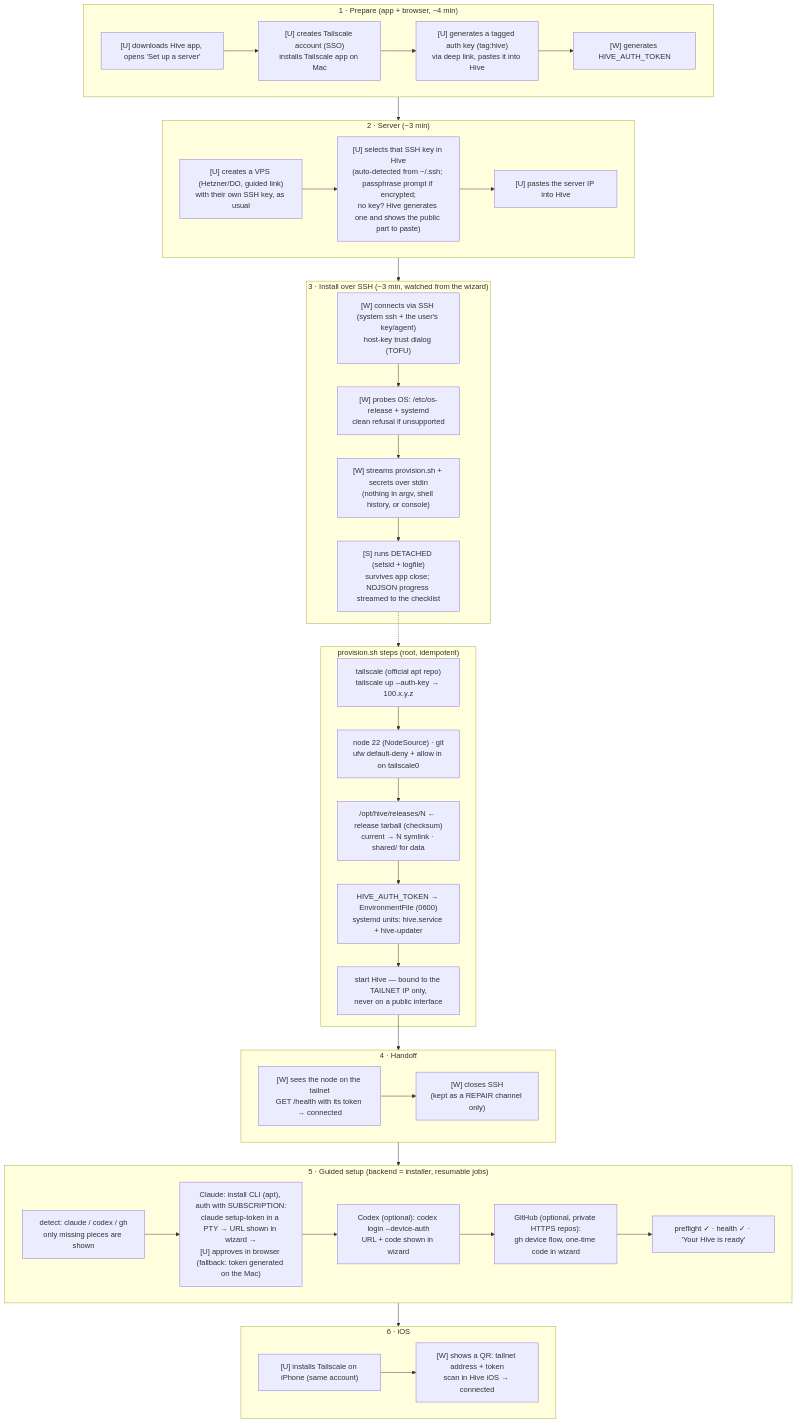
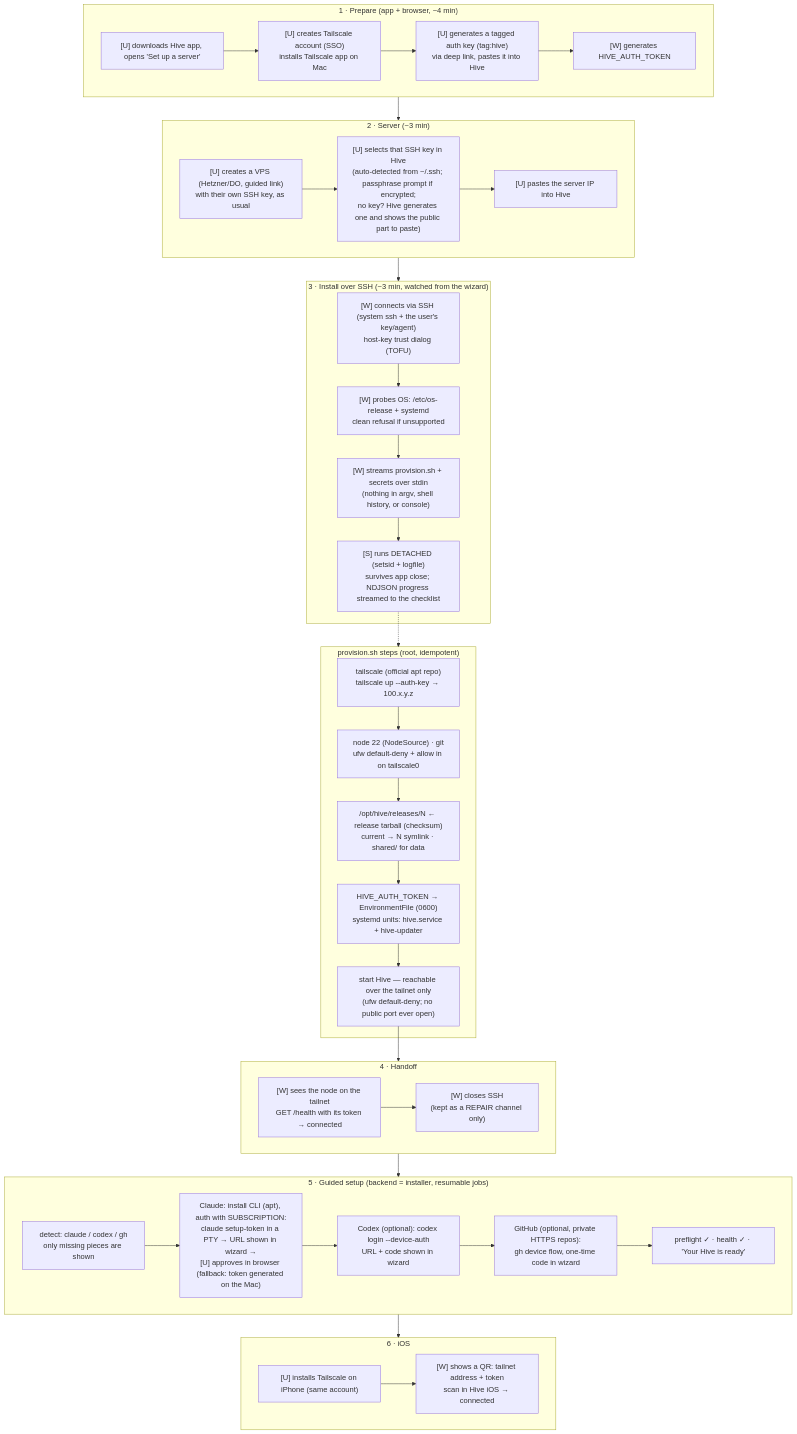
The first of 3 diagrams in docs/install-flow.md (unfence-labs/hive), drawn with Mermaid before and after one commit. The commit also changed other lines of this file and 1 other file, not shown here.

First line of the commit message:
review: rollback belongs to the updater; bind 0.0.0.0 behind ufw

````diff
--- a/docs/install-flow.md
+++ b/docs/install-flow.md
@@ -59,59 +60,59 @@
 ```mermaid
 flowchart TD
     subgraph P1["1 · Prepare (app + browser, ~4 min)"]
         A1["[U] downloads Hive app, opens 'Set up a server'"]
         A2["[U] creates Tailscale account (SSO)<br/>installs Tailscale app on Mac"]
         A3["[U] generates a tagged auth key (tag:hive)<br/>via deep link, pastes it into Hive"]
         A4["[W] generates HIVE_AUTH_TOKEN"]
         A1 --> A2 --> A3 --> A4
     end
 
     subgraph P2["2 · Server (~3 min)"]
         B1["[U] creates a VPS (Hetzner/DO, guided link)<br/>with their own SSH key, as usual"]
         B2["[U] selects that SSH key in Hive<br/>(auto-detected from ~/.ssh; passphrase prompt if encrypted;<br/>no key? Hive generates one and shows the public part to paste)"]
         B3["[U] pastes the server IP into Hive"]
         B1 --> B2 --> B3
     end
 
     subgraph P3["3 · Install over SSH (~3 min, watched from the wizard)"]
         C1["[W] connects via SSH (system ssh + the user's key/agent)<br/>host-key trust dialog (TOFU)"]
         C2["[W] probes OS: /etc/os-release + systemd<br/>clean refusal if unsupported"]
         C3["[W] streams provision.sh + secrets over stdin<br/>(nothing in argv, shell history, or console)"]
         C4["[S] runs DETACHED (setsid + logfile)<br/>survives app close; NDJSON progress streamed to the checklist"]
         C1 --> C2 --> C3 --> C4
     end
 
     subgraph PS["provision.sh steps (root, idempotent)"]
         S1["tailscale (official apt repo)<br/>tailscale up --auth-key → 100.x.y.z"]
         S2["node 22 (NodeSource) · git<br/>ufw default-deny + allow in on tailscale0"]
         S3["/opt/hive/releases/N ← release tarball (checksum)<br/>current → N symlink · shared/ for data"]
         S4["HIVE_AUTH_TOKEN → EnvironmentFile (0600)<br/>systemd units: hive.service + hive-updater"]
-        S5["start Hive — bound to the TAILNET IP only,<br/>never on a public interface"]
+        S5["start Hive — reachable over the tailnet only<br/>(ufw default-deny; no public port ever open)"]
         S1 --> S2 --> S3 --> S4 --> S5
     end
 
     subgraph P4["4 · Handoff"]
         D1["[W] sees the node on the tailnet<br/>GET /health with its token → connected"]
         D2["[W] closes SSH<br/>(kept as a REPAIR channel only)"]
         D1 --> D2
     end
 
     subgraph P5["5 · Guided setup (backend = installer, resumable jobs)"]
         E1["detect: claude / codex / gh<br/>only missing pieces are shown"]
         E2["Claude: install CLI (apt), auth with SUBSCRIPTION:<br/>claude setup-token in a PTY → URL shown in wizard →<br/>[U] approves in browser (fallback: token generated on the Mac)"]
         E3["Codex (optional): codex login --device-auth<br/>URL + code shown in wizard"]
         E4["GitHub (optional, private HTTPS repos):<br/>gh device flow, one-time code in wizard"]
         E5["preflight ✓ · health ✓ · 'Your Hive is ready'"]
         E1 --> E2 --> E3 --> E4 --> E5
     end
 
     subgraph P6["6 · iOS"]
         F1["[U] installs Tailscale on iPhone (same account)"]
         F2["[W] shows a QR: tailnet address + token<br/>scan in Hive iOS → connected"]
         F1 --> F2
     end
 
     P1 --> P2 --> P3
     C4 -.-> PS
     S5 --> P4 --> P5 --> P6
 ```
````
